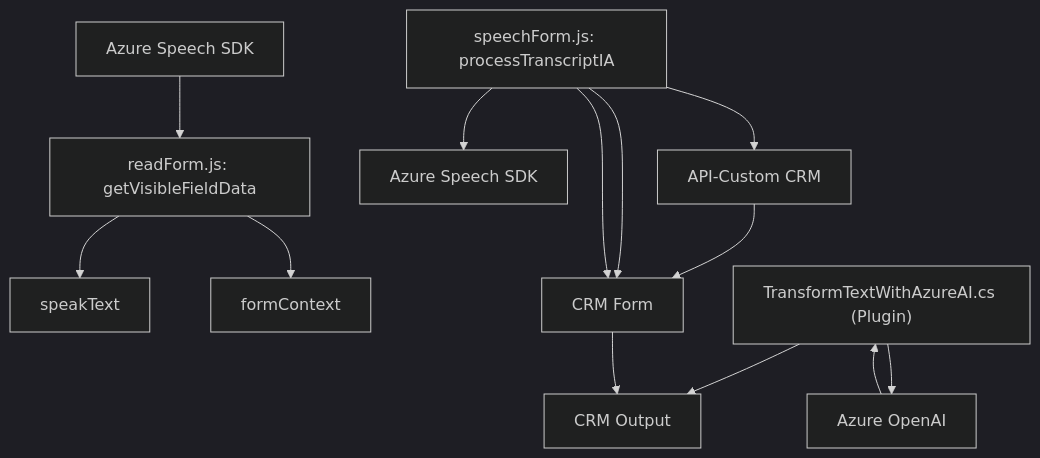
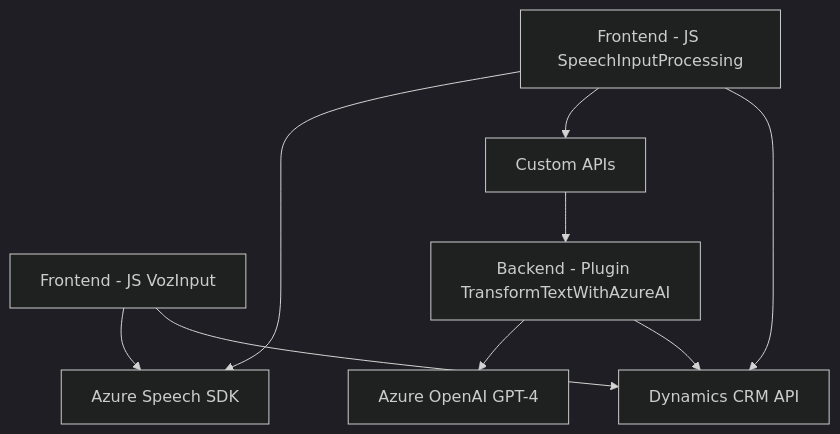
Before and after one commit to blopezdm/NETCORE_BILBAO2025: the diagram in README.md, drawn with Mermaid (dark theme). The commit also changed other lines of this file, not shown here.

````diff
--- a/README.md
+++ b/README.md
@@ -55,15 +41,19 @@
 ```mermaid
 graph TD
-    A["Azure Speech SDK"] --> B["readForm.js: leerFormulario"]
-    B["readForm.js: leerFormulario"] --> C["speakText"]
-    B["readForm.js: getVisibleFieldData"] --> D["formContext"]
-    E["speechForm.js: EjecutarGrabacion"] --> F["Azure Speech SDK"]
-    E["speechForm.js: callCustomApi"] --> G["API-Custom CRM"]
-    G["API-Custom CRM"] --> H["CRM Form"]
-    E["speechForm.js: processTranscript"] --> H["CRM Form"]
-    E["speechForm.js: processTranscriptIA"] --> H["CRM Form"]
-    J["TransformTextWithAzureAI.cs (Plugin)"] --> K["Azure OpenAI"]
-    K["Azure OpenAI"] --> J["Generar JSON"]
-    J["TransformTextWithAzureAI.cs (Plugin)"] --> L["CRM Output"]
-    H["CRM Form"] --> L["CRM Output"]
+    A["Frontend - JS VozInput"]
+    B["Frontend - JS SpeechInputProcessing"]
+    C["Backend - Plugin TransformTextWithAzureAI"]
+    D["Azure Speech SDK"]
+    E["Azure OpenAI GPT-4"]
+    F["Dynamics CRM API"]
+    G["Custom APIs"]
+
+    A --> D
+    A --> F
+    B --> D
+    B --> G
+    B --> F
+    C --> E
+    C --> F
+    G --> C
 ```
````
